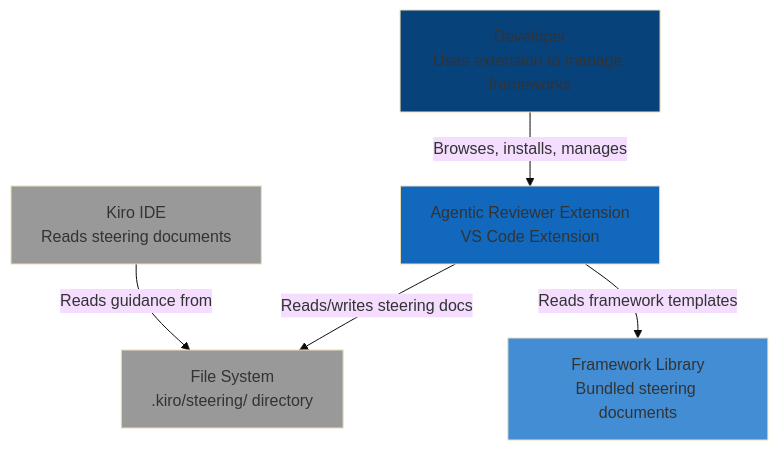
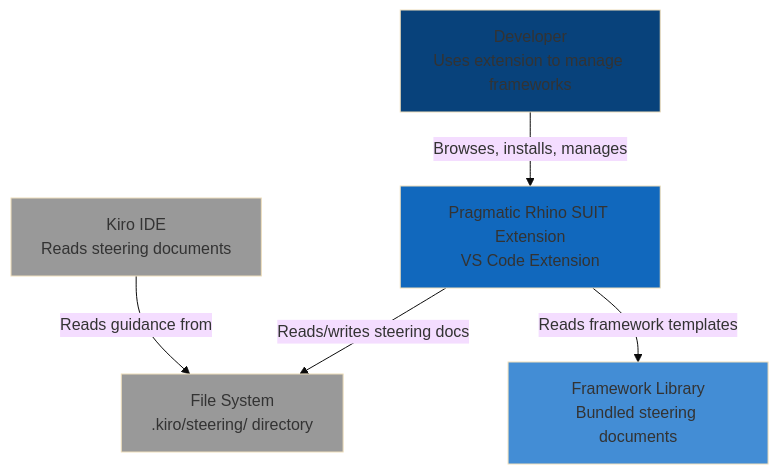
Before and after one commit to pliekhus77/pr-suit-for-kiro: the first of 2 diagrams in .kiro/specs/framework-steering-management/design.md, drawn with Mermaid (base theme). The commit also changed other lines of this file and 13 other files, not shown here.

Commit message:
Rebrand: Rename Agentic Reviewer to Pragmatic Rhino SUIT (Standards-Unified Integration Toolkit) with tagline 'SUIT Up. Standardize. Ship It.'

````diff
--- a/.kiro/specs/framework-steering-management/design.md
+++ b/.kiro/specs/framework-steering-management/design.md
@@ -13,19 +13,19 @@
 ```mermaid
 graph TB
     Developer[Developer<br/>Uses extension to manage frameworks]
-    Extension[Agentic Reviewer Extension<br/>VS Code Extension]
+    Extension[Pragmatic Rhino SUIT Extension<br/>VS Code Extension]
     Kiro[Kiro IDE<br/>Reads steering documents]
     FileSystem[File System<br/>.kiro/steering/ directory]
     Library[Framework Library<br/>Bundled steering documents]
     
     Developer -->|Browses, installs, manages| Extension
     Extension -->|Reads/writes steering docs| FileSystem
     Extension -->|Reads framework templates| Library
     Kiro -->|Reads guidance from| FileSystem
     
     style Extension fill:#1168bd
     style Developer fill:#08427b
     style Kiro fill:#999999
     style FileSystem fill:#999999
     style Library fill:#438dd5
 ```
````
